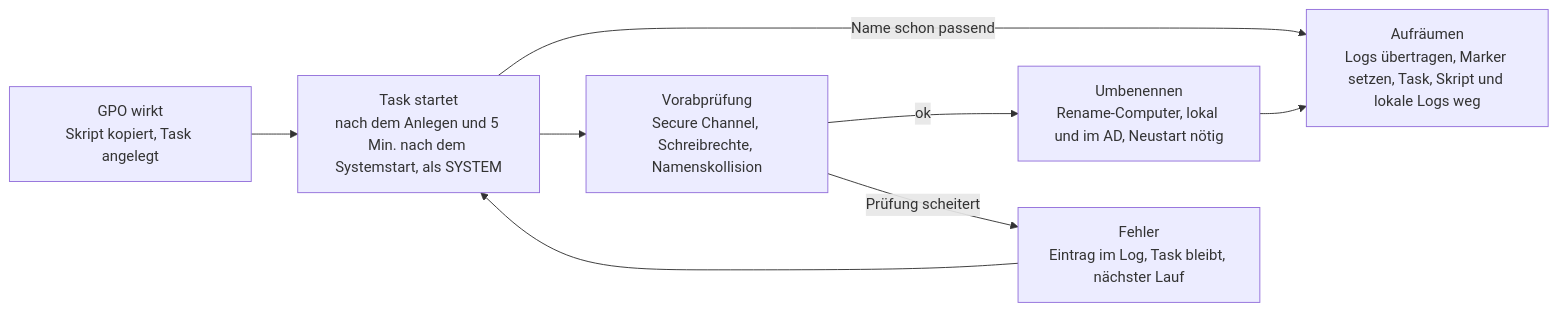
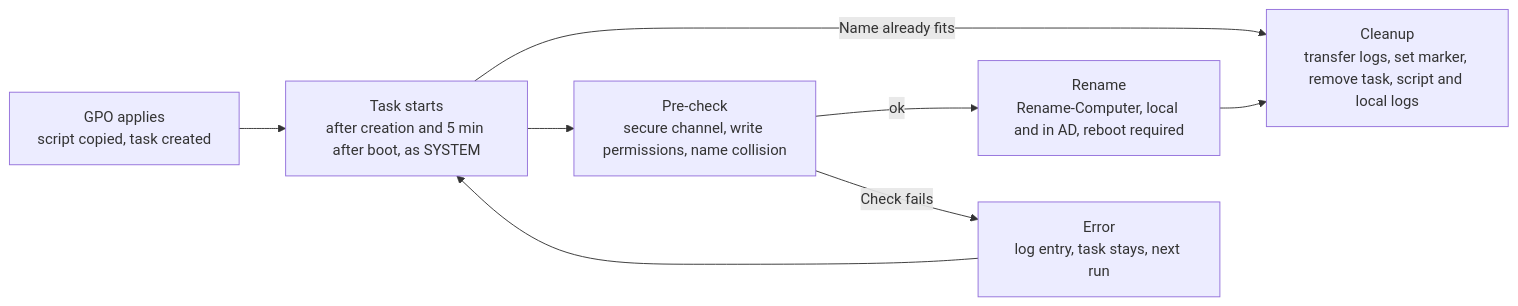
The diagram in README.md (st03psn/HostRename), drawn with Mermaid before and after one commit. The commit also changed other lines of this file and 4 other files, not shown here.

````diff
--- a/README.md
+++ b/README.md
@@ -44,10 +46,10 @@
 ```mermaid
 flowchart LR
-    A["GPO wirkt<br/>Skript kopiert, Task angelegt"] --> B["Task startet<br/>nach dem Anlegen und 5 Min. nach dem Systemstart, als SYSTEM"]
-    B -->|Name schon passend| E
-    B --> C["Vorabprüfung<br/>Secure Channel, Schreibrechte, Namenskollision"]
-    C -->|ok| D["Umbenennen<br/>Rename-Computer, lokal und im AD, Neustart nötig"]
-    C -->|Prüfung scheitert| F["Fehler<br/>Eintrag im Log, Task bleibt, nächster Lauf"]
+    A["GPO applies<br/>script copied, task created"] --> B["Task starts<br/>after creation and 5 min after boot, as SYSTEM"]
+    B -->|Name already fits| E
+    B --> C["Pre-check<br/>secure channel, write permissions, name collision"]
+    C -->|ok| D["Rename<br/>Rename-Computer, local and in AD, reboot required"]
+    C -->|Check fails| F["Error<br/>log entry, task stays, next run"]
     F --> B
-    D --> E["Aufräumen<br/>Logs übertragen, Marker setzen, Task, Skript und lokale Logs weg"]
+    D --> E["Cleanup<br/>transfer logs, set marker, remove task, script and local logs"]
 ```
````
